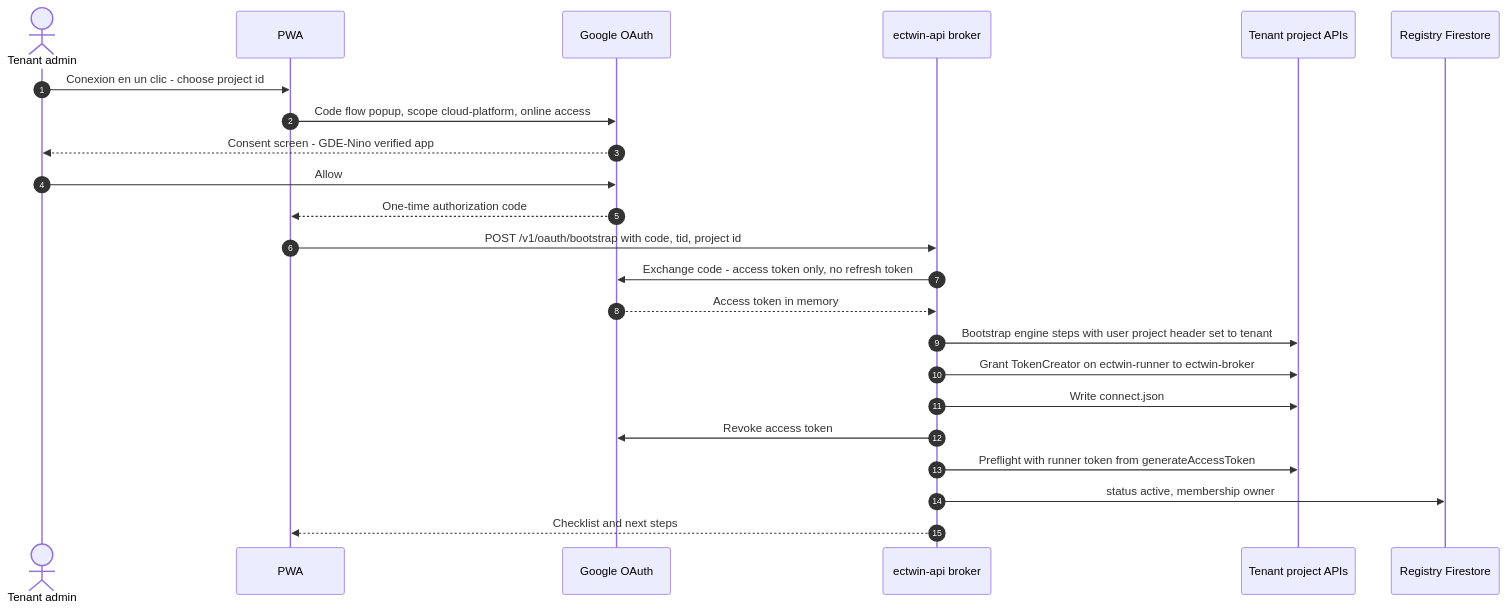
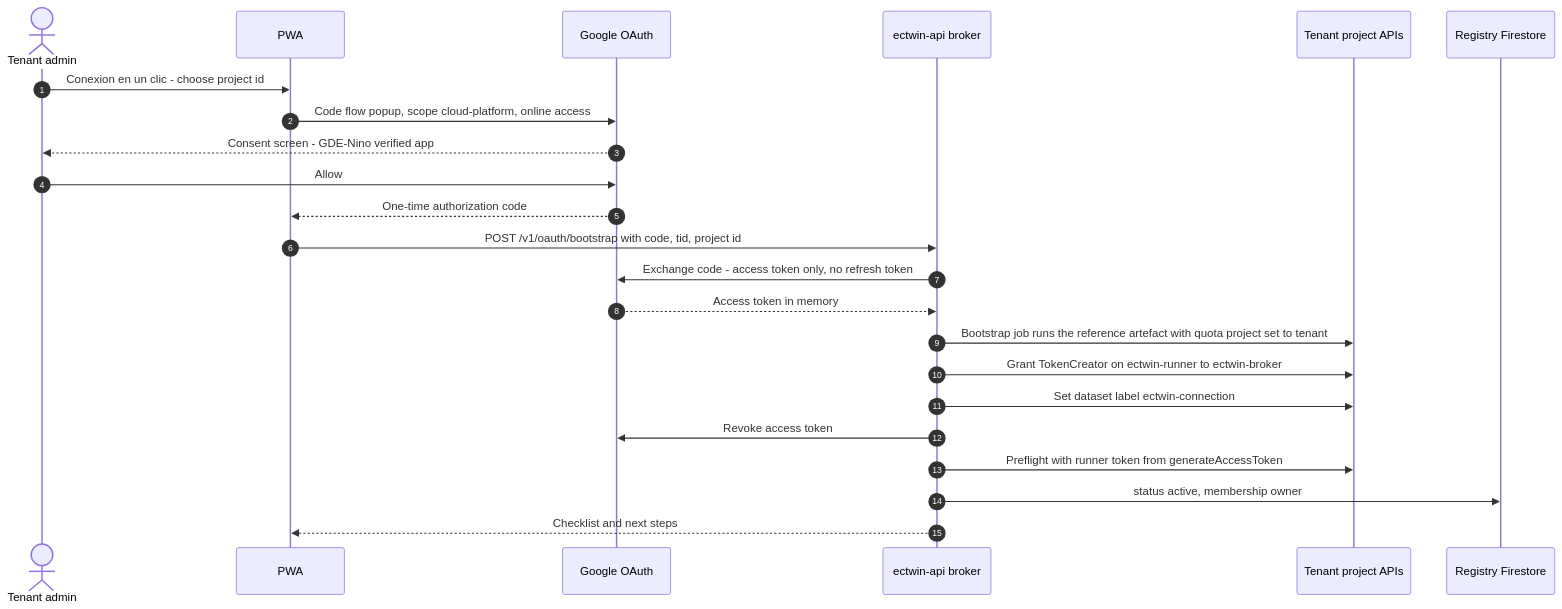
Before and after one commit to mcastroarroyo/weathernext: the fourth of 5 diagrams in docs/04-identity-tenancy-byo-gcp.md, drawn with Mermaid. The commit also changed other lines of this file, not shown here.

````diff
--- a/docs/04-identity-tenancy-byo-gcp.md
+++ b/docs/04-identity-tenancy-byo-gcp.md
@@ -386,25 +385,25 @@
 ```mermaid
 sequenceDiagram
   autonumber
   actor O as Tenant admin
   participant W as PWA
   participant G as Google OAuth
   participant B as ectwin-api broker
   participant T as Tenant project APIs
   participant R as Registry Firestore
   O->>W: Conexion en un clic - choose project id
   W->>G: Code flow popup, scope cloud-platform, online access
   G-->>O: Consent screen - GDE-Nino verified app
   O->>G: Allow
   G-->>W: One-time authorization code
   W->>B: POST /v1/oauth/bootstrap with code, tid, project id
   B->>G: Exchange code - access token only, no refresh token
   G-->>B: Access token in memory
-  B->>T: Bootstrap engine steps with user project header set to tenant
+  B->>T: Bootstrap job runs the reference artefact with quota project set to tenant
   B->>T: Grant TokenCreator on ectwin-runner to ectwin-broker
-  B->>T: Write connect.json
+  B->>T: Set dataset label ectwin-connection
   B->>G: Revoke access token
   B->>T: Preflight with runner token from generateAccessToken
   B->>R: status active, membership owner
   B-->>W: Checklist and next steps
 ```
````
